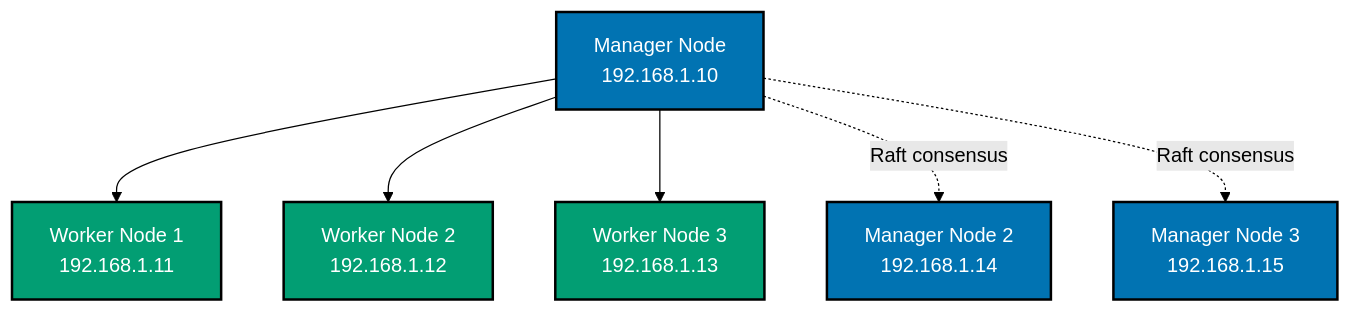
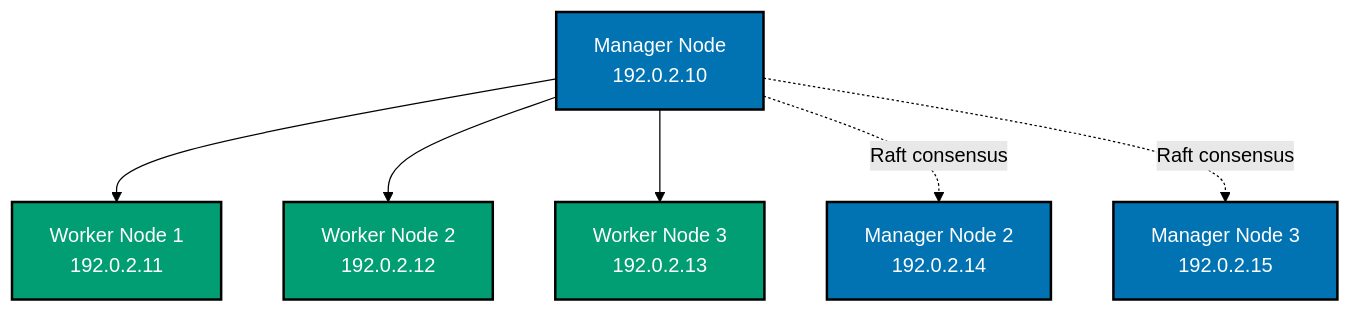
Before and after one commit to wahidyankf/ose-public: the first of 14 diagrams in apps/ayokoding-www/content/en/learn/legacy/software-engineering/infrastructure/tools/docker/by-example/advanced.md, drawn with Mermaid (forest theme). The commit also changed other lines of this file and 102 other files, not shown here.

````diff
--- a/apps/ayokoding-www/content/en/learn/legacy/software-engineering/infrastructure/tools/docker/by-example/advanced.md
+++ b/apps/ayokoding-www/content/en/learn/legacy/software-engineering/infrastructure/tools/docker/by-example/advanced.md
@@ -20,17 +20,17 @@
 ```mermaid
 %% Color Palette: Blue #0173B2, Orange #DE8F05, Teal #029E73, Purple #CC78BC, Brown #CA9161
 %% Swarm cluster architecture
 graph TD
- A["Manager Node<br/>192.168.1.10"] --> B["Worker Node 1<br/>192.168.1.11"]
- A --> C["Worker Node 2<br/>192.168.1.12"]
- A --> D["Worker Node 3<br/>192.168.1.13"]
- A -.->|"Raft consensus"| E["Manager Node 2<br/>192.168.1.14"]
- A -.->|"Raft consensus"| F["Manager Node 3<br/>192.168.1.15"]
+ A["Manager Node<br/>192.0.2.10"] --> B["Worker Node 1<br/>192.0.2.11"]
+ A --> C["Worker Node 2<br/>192.0.2.12"]
+ A --> D["Worker Node 3<br/>192.0.2.13"]
+ A -.->|"Raft consensus"| E["Manager Node 2<br/>192.0.2.14"]
+ A -.->|"Raft consensus"| F["Manager Node 3<br/>192.0.2.15"]
 
  style A fill:#0173B2,stroke:#000000,stroke-width:2px,color:#fff
  style E fill:#0173B2,stroke:#000000,stroke-width:2px,color:#fff
  style F fill:#0173B2,stroke:#000000,stroke-width:2px,color:#fff
  style B fill:#029E73,stroke:#000000,stroke-width:2px,color:#fff
  style C fill:#029E73,stroke:#000000,stroke-width:2px,color:#fff
  style D fill:#029E73,stroke:#000000,stroke-width:2px,color:#fff
 ```
````
